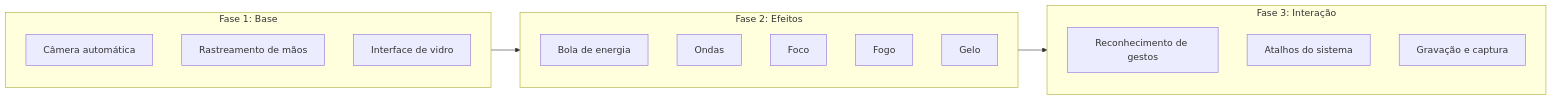
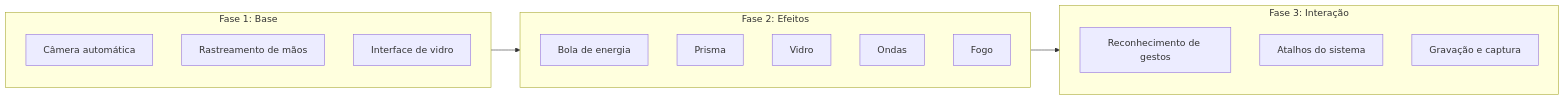
One commit to vitorcgo/Handwave changed diagram 11 of 11 in README.md. Above: the diagram before and after it, drawn with Mermaid. The commit also changed other lines of this file and 7 other files, not shown here.

First line of the commit message:
feat(effects): prisma triangular de três faces e efeito vidro

````diff
--- a/README.md
+++ b/README.md
@@ -408,21 +434,21 @@
 ```mermaid
 flowchart LR
     subgraph F1[Fase 1: Base]
         A1[Câmera automática]
         A2[Rastreamento de mãos]
         A3[Interface de vidro]
     end
     subgraph F2[Fase 2: Efeitos]
         B1[Bola de energia]
-        B2[Ondas]
-        B3[Foco]
-        B4[Fogo]
-        B5[Gelo]
+        B2[Prisma]
+        B3[Vidro]
+        B4[Ondas]
+        B5[Fogo]
     end
     subgraph F3[Fase 3: Interação]
         C1[Reconhecimento de gestos]
         C2[Atalhos do sistema]
         C3[Gravação e captura]
     end
     F1 --> F2 --> F3
 ```
````
